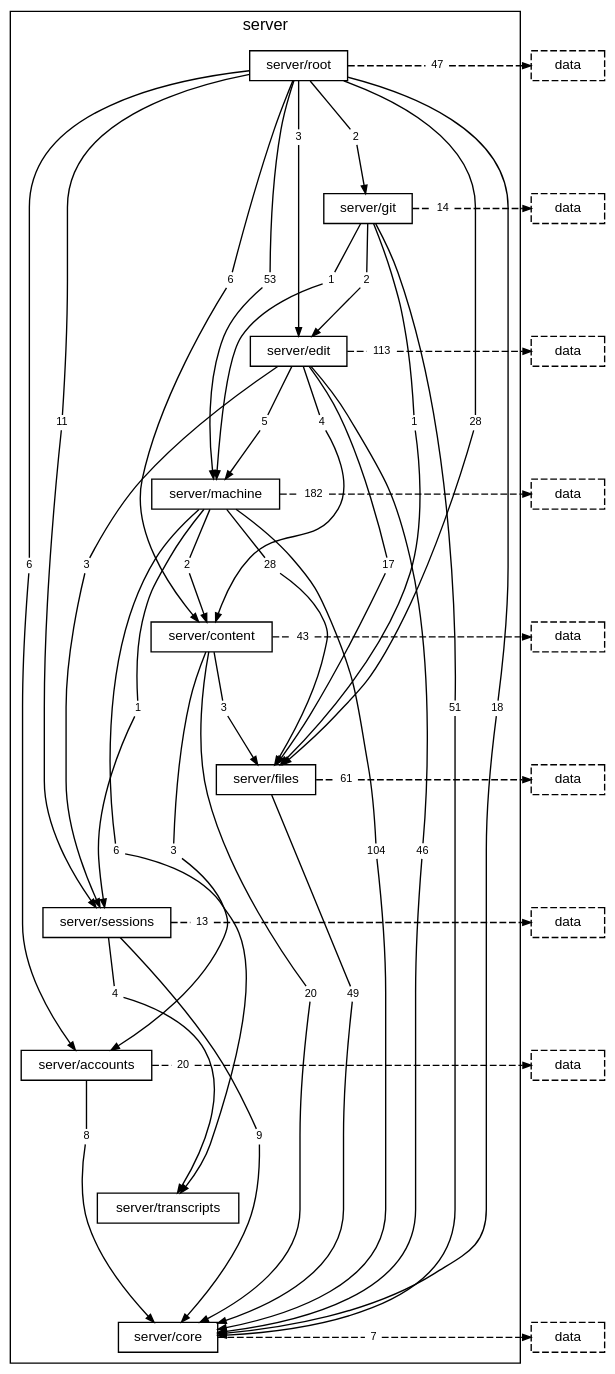
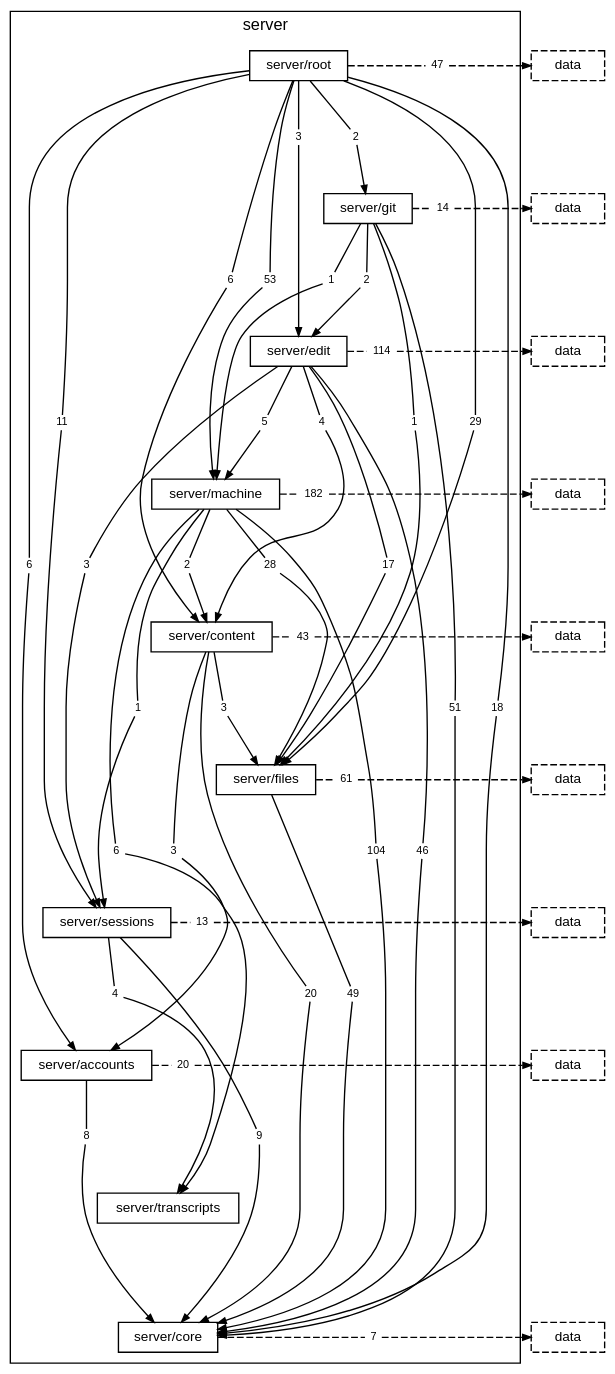
One commit to TheAxeC/oculus changed the diagram in docs/diagrams/layer-server.dot. Above: the diagram before and after it, drawn with Graphviz. The commit also changed 53 other files, not shown here.

```diff
--- a/docs/diagrams/layer-server.dot
+++ b/docs/diagrams/layer-server.dot
@@ -18,7 +18,7 @@
         "folder server/root to folder server/content" [label="6", shape=box, color="transparent", fontsize=8, width=0, height=0, margin="0.04,0.02"];
         "folder server/root to folder server/core" [label="18", shape=box, color="transparent", fontsize=8, width=0, height=0, margin="0.04,0.02"];
         "folder server/root to folder server/edit" [label="3", shape=box, color="transparent", fontsize=8, width=0, height=0, margin="0.04,0.02"];
-        "folder server/root to folder server/files" [label="28", shape=box, color="transparent", fontsize=8, width=0, height=0, margin="0.04,0.02"];
+        "folder server/root to folder server/files" [label="29", shape=box, color="transparent", fontsize=8, width=0, height=0, margin="0.04,0.02"];
         "folder server/root to folder server/git" [label="2", shape=box, color="transparent", fontsize=8, width=0, height=0, margin="0.04,0.02"];
         "folder server/root to folder server/machine" [label="53", shape=box, color="transparent", fontsize=8, width=0, height=0, margin="0.04,0.02"];
         "folder server/root to folder server/sessions" [label="11", shape=box, color="transparent", fontsize=8, width=0, height=0, margin="0.04,0.02"];
@@ -33,7 +33,7 @@
         "folder server/edit to folder server/files" [label="17", shape=box, color="transparent", fontsize=8, width=0, height=0, margin="0.04,0.02"];
         "folder server/edit to folder server/machine" [label="5", shape=box, color="transparent", fontsize=8, width=0, height=0, margin="0.04,0.02"];
         "folder server/edit to folder server/sessions" [label="3", shape=box, color="transparent", fontsize=8, width=0, height=0, margin="0.04,0.02"];
-        "folder server/edit to layer data" [label="113", shape=box, color="transparent", fontsize=8, width=0, height=0, margin="0.04,0.02"];
+        "folder server/edit to layer data" [label="114", shape=box, color="transparent", fontsize=8, width=0, height=0, margin="0.04,0.02"];
         "folder server/machine to folder server/content" [label="2", shape=box, color="transparent", fontsize=8, width=0, height=0, margin="0.04,0.02"];
         "folder server/machine to folder server/core" [label="104", shape=box, color="transparent", fontsize=8, width=0, height=0, margin="0.04,0.02"];
         "folder server/machine to folder server/files" [label="28", shape=box, color="transparent", fontsize=8, width=0, height=0, margin="0.04,0.02"];
```
